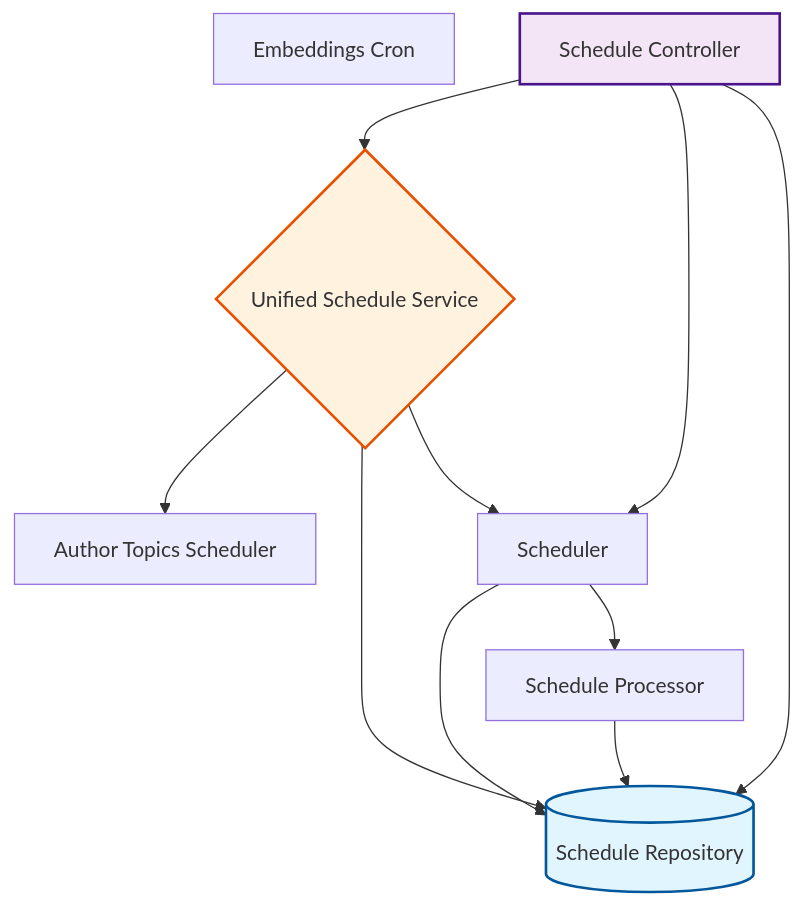
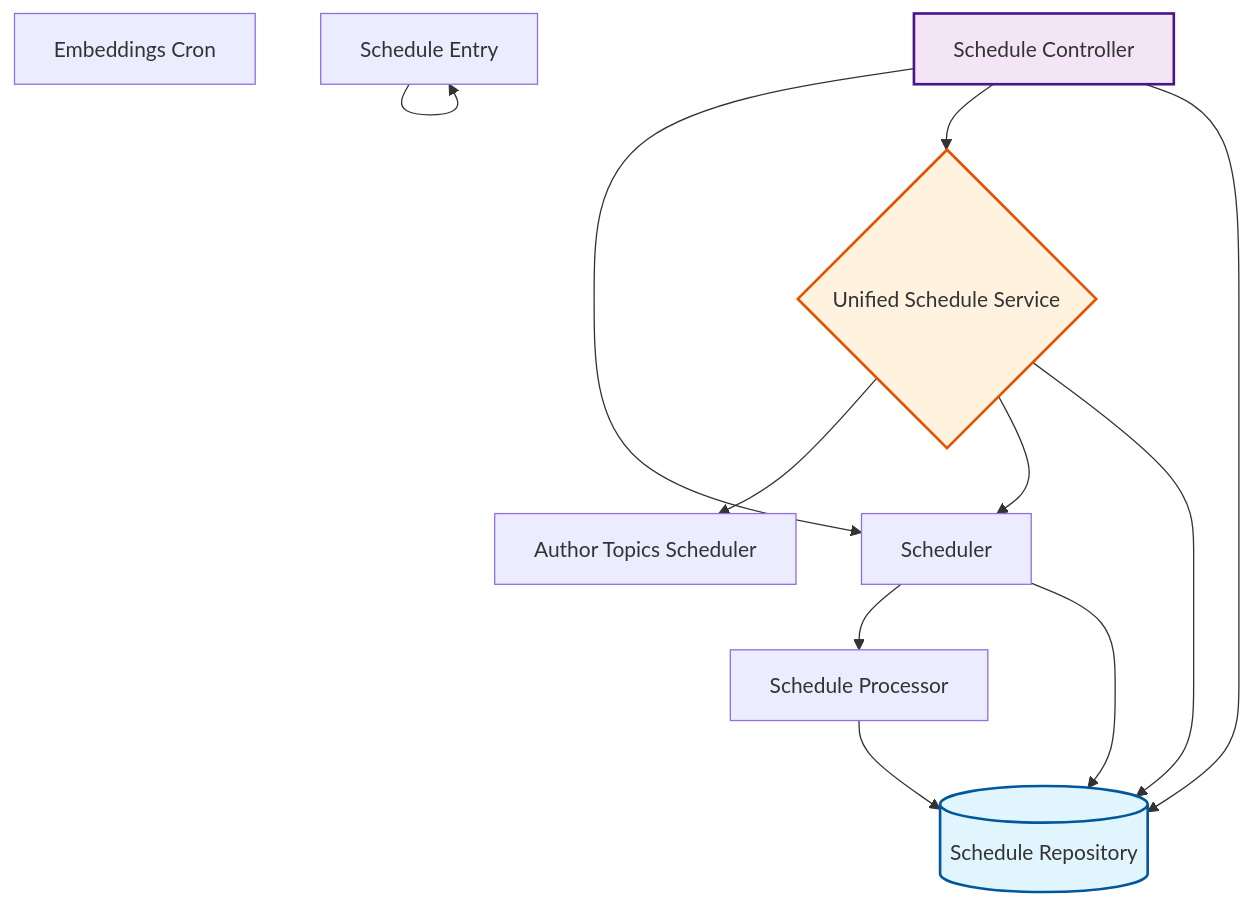
Before and after one commit to rpnunez/wp-ai-scheduler: the third of 10 diagrams in docs/feature-report.md, drawn with Mermaid. The commit also changed other lines of this file and 1 other file, not shown here.

````diff
--- a/docs/feature-report.md
+++ b/docs/feature-report.md
@@ -148,29 +152,31 @@
 ```mermaid
 flowchart TD
     %% Scheduling & Automation Architecture
 
     Author_Topics_Scheduler["Author Topics Scheduler"]
     Embeddings_Cron["Embeddings Cron"]
     Schedule_Controller["Schedule Controller"]
+    Schedule_Entry["Schedule Entry"]
     Schedule_Processor["Schedule Processor"]
     Schedule_Repository[("Schedule Repository")]
     Scheduler["Scheduler"]
     Unified_Schedule_Service{"Unified Schedule Service"}
 
-    Schedule_Controller --> Schedule_Repository
     Schedule_Controller --> Scheduler
     Schedule_Controller --> Unified_Schedule_Service
+    Schedule_Controller --> Schedule_Repository
+    Schedule_Entry --> Schedule_Entry
     Schedule_Processor --> Schedule_Repository
     Scheduler --> Schedule_Processor
     Scheduler --> Schedule_Repository
+    Unified_Schedule_Service --> Author_Topics_Scheduler
+    Unified_Schedule_Service --> Scheduler
     Unified_Schedule_Service --> Schedule_Repository
-    Unified_Schedule_Service --> Scheduler
-    Unified_Schedule_Service --> Author_Topics_Scheduler
 
     classDef repository fill:#e1f5ff,stroke:#01579b,stroke-width:2px
     classDef service fill:#fff3e0,stroke:#e65100,stroke-width:2px
     classDef controller fill:#f3e5f5,stroke:#4a148c,stroke-width:2px
     class Schedule_Repository repository
     class Unified_Schedule_Service service
     class Schedule_Controller controller
 ```
````
